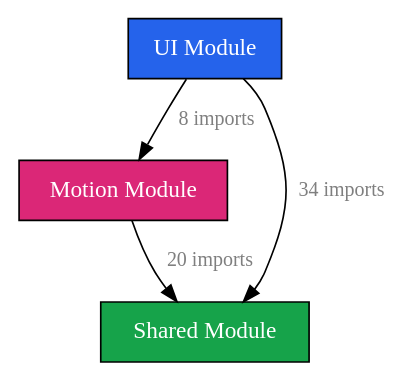
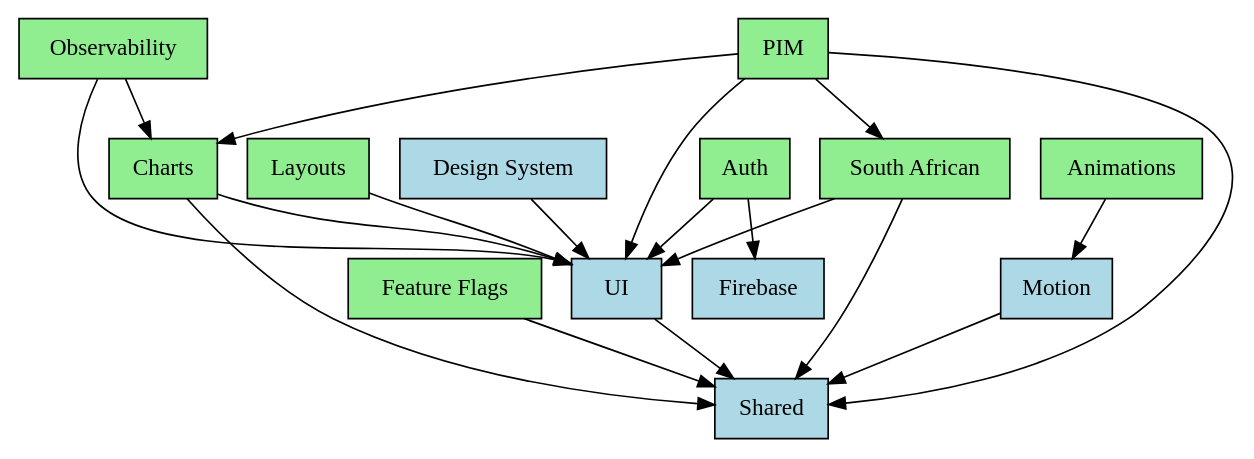
The diagram in frontend/module-dependencies.dot (fluxori-systems/fluxori), drawn with Graphviz before and after one commit. The commit also changed 12 other files, not shown here.

```diff
--- a/frontend/module-dependencies.dot
+++ b/frontend/module-dependencies.dot
@@ -1,13 +1,49 @@
-digraph "Module Dependencies" {
+digraph FrontendModules {
   rankdir="TB";
   node [shape=box, style=filled];
-  edge [fontsize=12, fontcolor=gray50];
 
-  ui [label="UI Module", fillcolor="#2563eb", fontcolor="white"];
-  motion [label="Motion Module", fillcolor="#db2777", fontcolor="white"];
-  shared [label="Shared Module", fillcolor="#16a34a", fontcolor="white"];
+  // Library modules
+  "ui" [label="UI", fillcolor=lightblue];
+  "motion" [label="Motion", fillcolor=lightblue];
+  "shared" [label="Shared", fillcolor=lightblue];
+  "design-system" [label="Design System", fillcolor=lightblue];
+  "firebase" [label="Firebase", fillcolor=lightblue];
 
-  ui -> motion [label="8 imports"];
-  ui -> shared [label="34 imports"];
-  motion -> shared [label="20 imports"];
+  // Component groups 
+  "auth" [label="Auth", fillcolor=lightgreen];
+  "charts" [label="Charts", fillcolor=lightgreen];
+  "feature-flags" [label="Feature Flags", fillcolor=lightgreen];
+  "layouts" [label="Layouts", fillcolor=lightgreen];
+  "observability" [label="Observability", fillcolor=lightgreen];
+  "pim" [label="PIM", fillcolor=lightgreen];
+  "south-african" [label="South African", fillcolor=lightgreen];
+  "animations" [label="Animations", fillcolor=lightgreen];
+
+  // Library dependencies
+  "ui" -> "shared";
+  "motion" -> "shared";
+  "design-system" -> "ui";
+
+  // Component dependencies
+  "pim" -> "ui";
+  "pim" -> "shared";
+  "pim" -> "charts";
+  "pim" -> "south-african";
+
+  "charts" -> "ui";
+  "charts" -> "shared";
+  
+  "layouts" -> "ui";
+  "auth" -> "ui";
+  "auth" -> "firebase";
+  
+  "observability" -> "charts";
+  "observability" -> "ui";
+  
+  "south-african" -> "ui";
+  "south-african" -> "shared";
+  
+  "animations" -> "motion";
+  
+  "feature-flags" -> "shared";
 }
```
